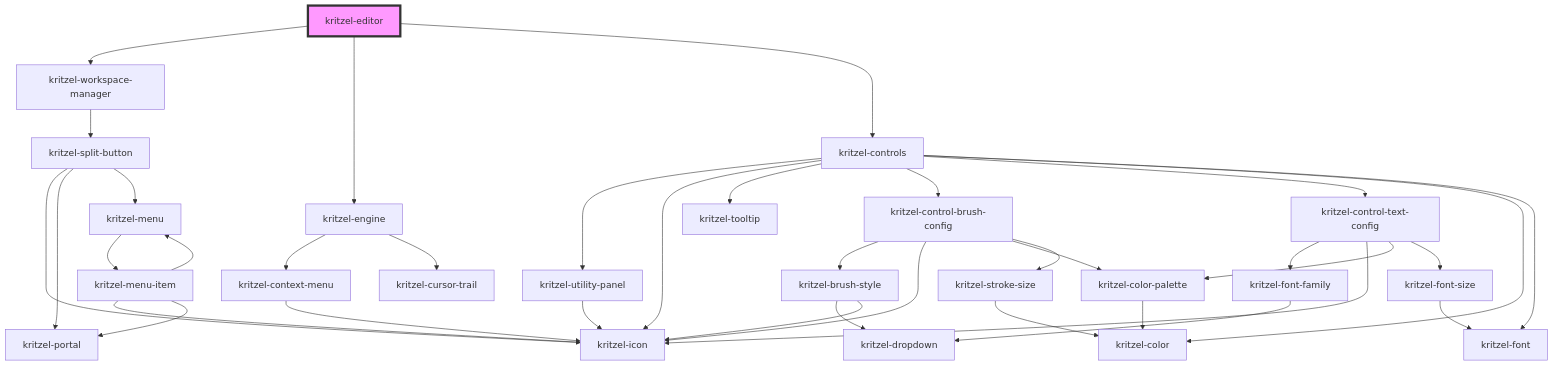
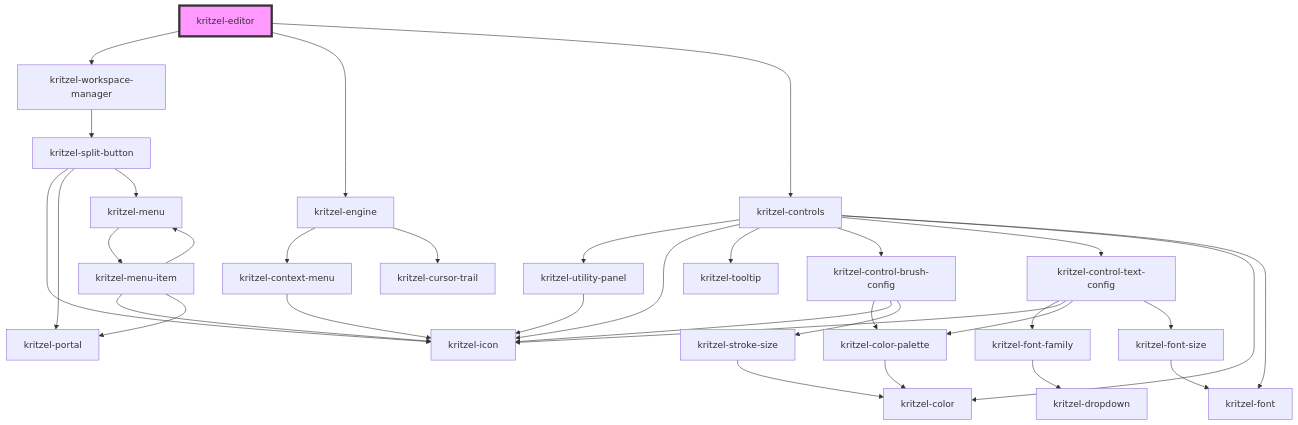
The diagram in libs/kritzel-stencil/src/components/core/kritzel-editor/readme.md (kasual1/kritzel), drawn with Mermaid before and after one commit. The commit also changed 10 other files, not shown here.

````diff
--- a/libs/kritzel-stencil/src/components/core/kritzel-editor/readme.md
+++ b/libs/kritzel-stencil/src/components/core/kritzel-editor/readme.md
@@ -168,40 +168,37 @@
 ```mermaid
 graph TD;
   kritzel-editor --> kritzel-workspace-manager
   kritzel-editor --> kritzel-engine
   kritzel-editor --> kritzel-controls
   kritzel-workspace-manager --> kritzel-split-button
   kritzel-split-button --> kritzel-icon
   kritzel-split-button --> kritzel-portal
   kritzel-split-button --> kritzel-menu
   kritzel-menu --> kritzel-menu-item
   kritzel-menu-item --> kritzel-icon
   kritzel-menu-item --> kritzel-portal
   kritzel-menu-item --> kritzel-menu
   kritzel-engine --> kritzel-context-menu
   kritzel-engine --> kritzel-cursor-trail
   kritzel-context-menu --> kritzel-icon
   kritzel-controls --> kritzel-utility-panel
   kritzel-controls --> kritzel-icon
   kritzel-controls --> kritzel-tooltip
   kritzel-controls --> kritzel-control-brush-config
   kritzel-controls --> kritzel-control-text-config
   kritzel-controls --> kritzel-color
   kritzel-controls --> kritzel-font
   kritzel-utility-panel --> kritzel-icon
-  kritzel-control-brush-config --> kritzel-brush-style
+  kritzel-control-brush-config --> kritzel-color-palette
   kritzel-control-brush-config --> kritzel-icon
-  kritzel-control-brush-config --> kritzel-color-palette
   kritzel-control-brush-config --> kritzel-stroke-size
-  kritzel-brush-style --> kritzel-dropdown
-  kritzel-brush-style --> kritzel-icon
   kritzel-color-palette --> kritzel-color
   kritzel-stroke-size --> kritzel-color
   kritzel-control-text-config --> kritzel-font-family
   kritzel-control-text-config --> kritzel-icon
   kritzel-control-text-config --> kritzel-color-palette
   kritzel-control-text-config --> kritzel-font-size
   kritzel-font-family --> kritzel-dropdown
   kritzel-font-size --> kritzel-font
   style kritzel-editor fill:#f9f,stroke:#333,stroke-width:4px
 ```
````
